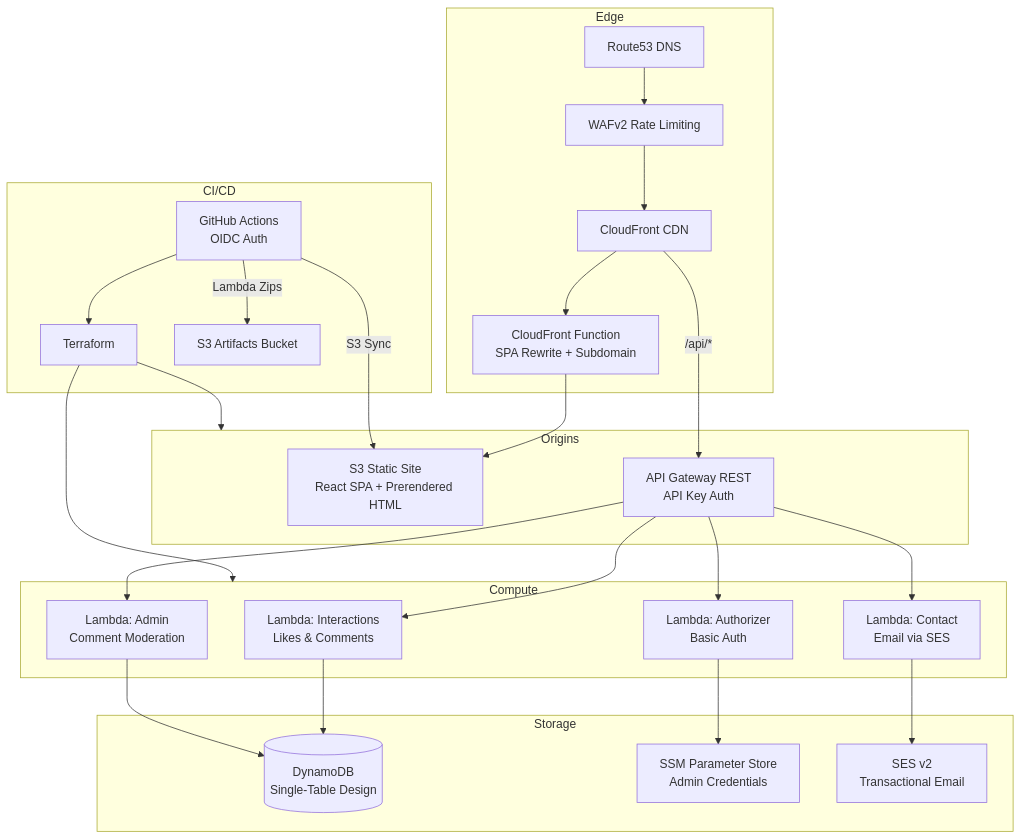
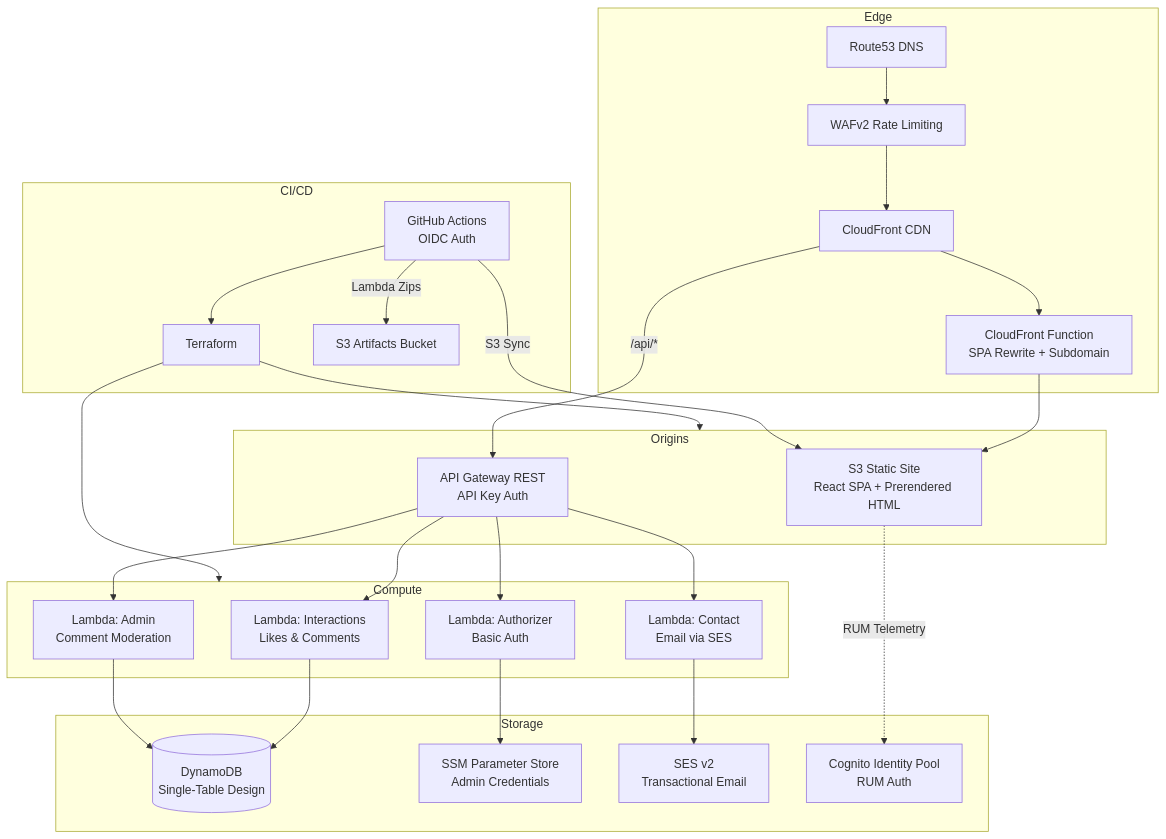
The diagram in README.md (jyatesdotdev/jyatesdotdev), drawn with Mermaid before and after one commit.

Commit message:
Add Cognito Identity Pool to architecture diagram

````diff
--- a/README.md
+++ b/README.md
@@ -26,45 +26,47 @@
 ```mermaid
 graph TB
     subgraph Edge
         DNS[Route53 DNS]
         WAF[WAFv2 Rate Limiting]
         CF[CloudFront CDN]
         CFFunc[CloudFront Function<br/>SPA Rewrite + Subdomain]
     end
 
     subgraph Origins
         S3[S3 Static Site<br/>React SPA + Prerendered HTML]
         APIGW[API Gateway REST<br/>API Key Auth]
     end
 
     subgraph Compute
         LInt[Lambda: Interactions<br/>Likes & Comments]
         LCon[Lambda: Contact<br/>Email via SES]
         LAdm[Lambda: Admin<br/>Comment Moderation]
         LAuth[Lambda: Authorizer<br/>Basic Auth]
     end
 
     subgraph Storage
         DDB[(DynamoDB<br/>Single-Table Design)]
         SSM[SSM Parameter Store<br/>Admin Credentials]
         SES[SES v2<br/>Transactional Email]
+        COG[Cognito Identity Pool<br/>RUM Auth]
     end
 
     subgraph CI/CD
         GHA[GitHub Actions<br/>OIDC Auth]
         TF[Terraform]
         ART[S3 Artifacts Bucket]
     end
 
     DNS --> WAF --> CF
     CF --> CFFunc --> S3
     CF -->|/api/*| APIGW
     APIGW --> LAuth
     APIGW --> LInt & LCon & LAdm
     LInt & LAdm --> DDB
     LCon --> SES
     LAuth --> SSM
     GHA --> TF --> Origins & Compute
     GHA -->|Lambda Zips| ART
     GHA -->|S3 Sync| S3
+    S3 -.->|RUM Telemetry| COG
 ```
````
